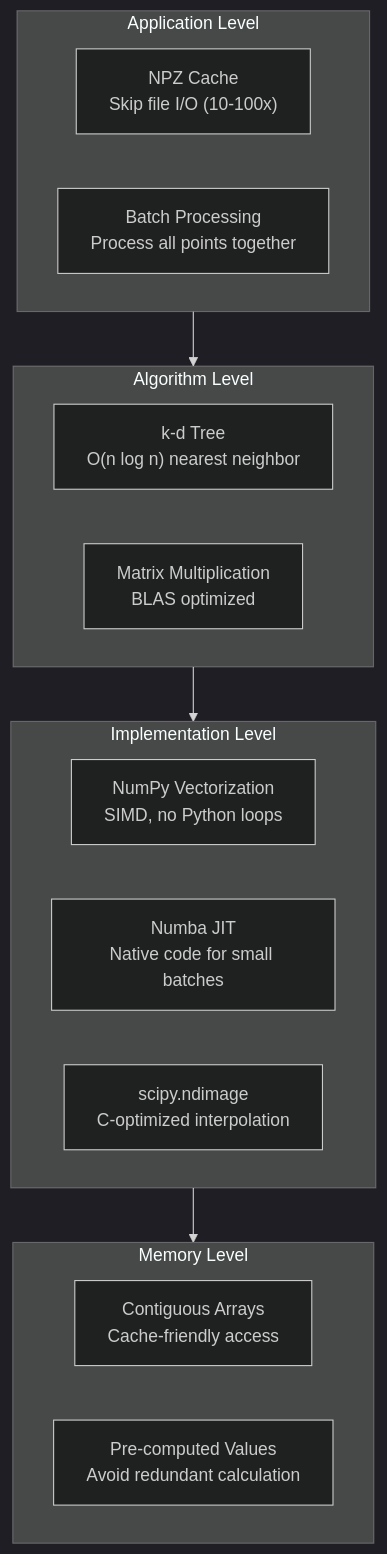
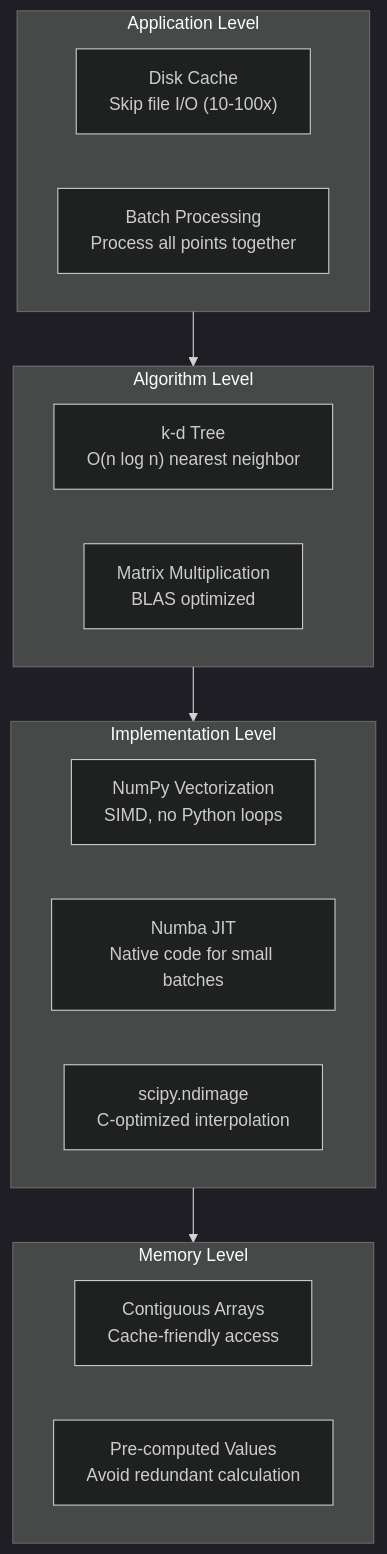
Before and after one commit to tkykszk/pyTMD_turbo: the fourth of 8 diagrams in docs/optimization.md, drawn with Mermaid (dark theme). The commit also changed other lines of this file and 47 other files, not shown here.

````diff
--- a/docs/optimization.md
+++ b/docs/optimization.md
@@ -366,25 +378,25 @@
 ```mermaid
 graph TB
     subgraph APP["Application Level"]
-        A1["NPZ Cache<br/>Skip file I/O (10-100x)"]
+        A1["Disk Cache<br/>Skip file I/O (10-100x)"]
         A2["Batch Processing<br/>Process all points together"]
     end
 
     subgraph ALG["Algorithm Level"]
         B1["k-d Tree<br/>O(n log n) nearest neighbor"]
         B2["Matrix Multiplication<br/>BLAS optimized"]
     end
 
     subgraph IMP["Implementation Level"]
         C1["NumPy Vectorization<br/>SIMD, no Python loops"]
         C2["Numba JIT<br/>Native code for small batches"]
         C3["scipy.ndimage<br/>C-optimized interpolation"]
     end
 
     subgraph MEM["Memory Level"]
         D1["Contiguous Arrays<br/>Cache-friendly access"]
         D2["Pre-computed Values<br/>Avoid redundant calculation"]
     end
 
     APP --> ALG --> IMP --> MEM
 ```
````
